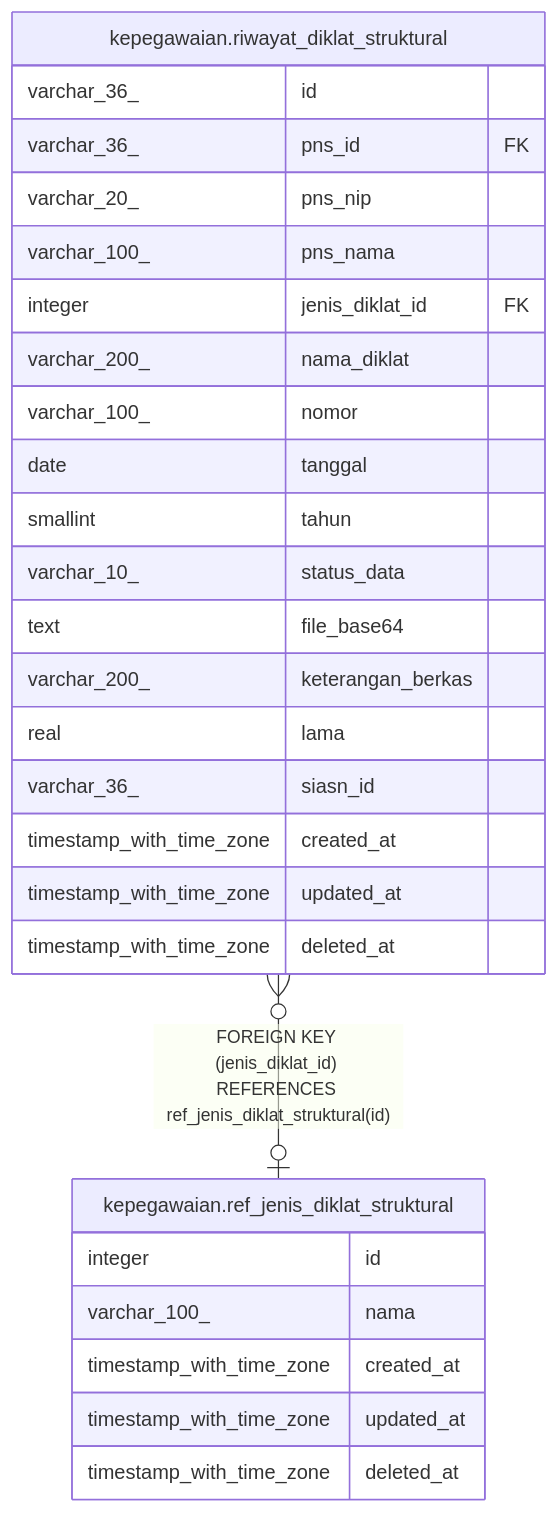
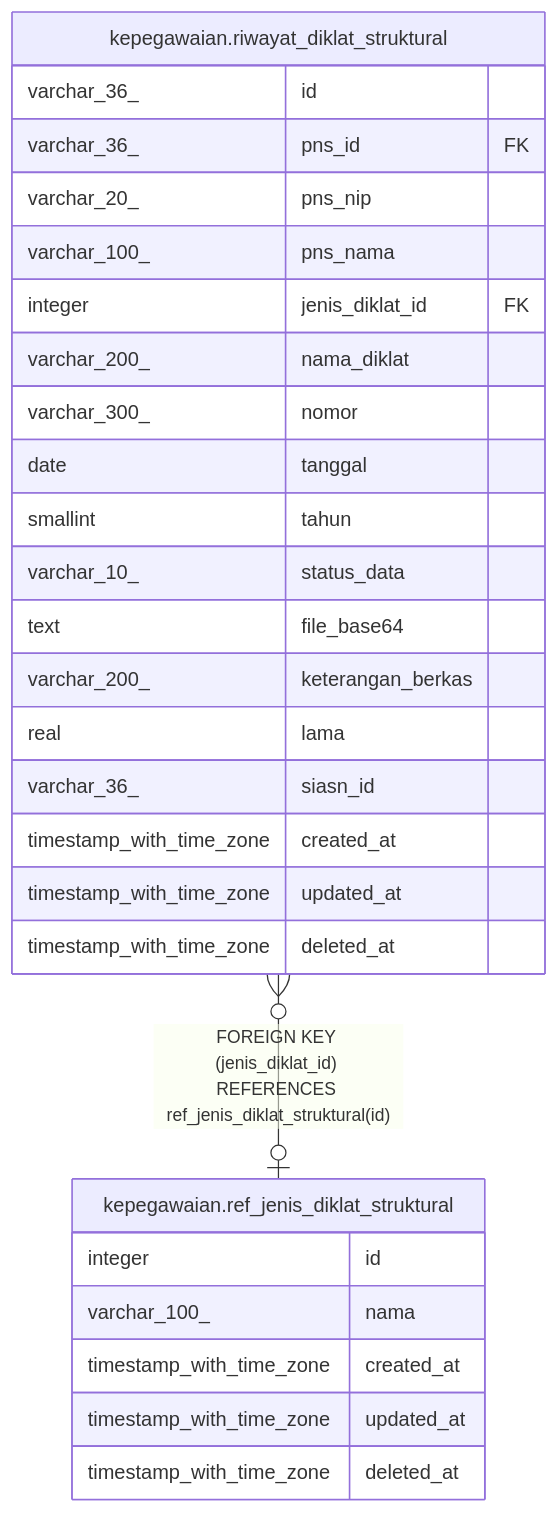
The diagram in services/kepegawaian/docs/db/kepegawaian.ref_jenis_diklat_struktural.md (nandanugg/triforce.nvim), drawn with Mermaid before and after one commit. The commit also changed 31 other files, not shown here.

````diff
--- a/services/kepegawaian/docs/db/kepegawaian.ref_jenis_diklat_struktural.md
+++ b/services/kepegawaian/docs/db/kepegawaian.ref_jenis_diklat_struktural.md
@@ -31,32 +31,32 @@
 ```mermaid
 erDiagram
 
 "kepegawaian.riwayat_diklat_struktural" }o--o| "kepegawaian.ref_jenis_diklat_struktural" : "FOREIGN KEY (jenis_diklat_id) REFERENCES ref_jenis_diklat_struktural(id)"
 
 "kepegawaian.ref_jenis_diklat_struktural" {
   integer id
   varchar_100_ nama
   timestamp_with_time_zone created_at
   timestamp_with_time_zone updated_at
   timestamp_with_time_zone deleted_at
 }
 "kepegawaian.riwayat_diklat_struktural" {
   varchar_36_ id
   varchar_36_ pns_id FK
   varchar_20_ pns_nip
   varchar_100_ pns_nama
   integer jenis_diklat_id FK
   varchar_200_ nama_diklat
-  varchar_100_ nomor
+  varchar_300_ nomor
   date tanggal
   smallint tahun
   varchar_10_ status_data
   text file_base64
   varchar_200_ keterangan_berkas
   real lama
   varchar_36_ siasn_id
   timestamp_with_time_zone created_at
   timestamp_with_time_zone updated_at
   timestamp_with_time_zone deleted_at
 }
 ```
````
